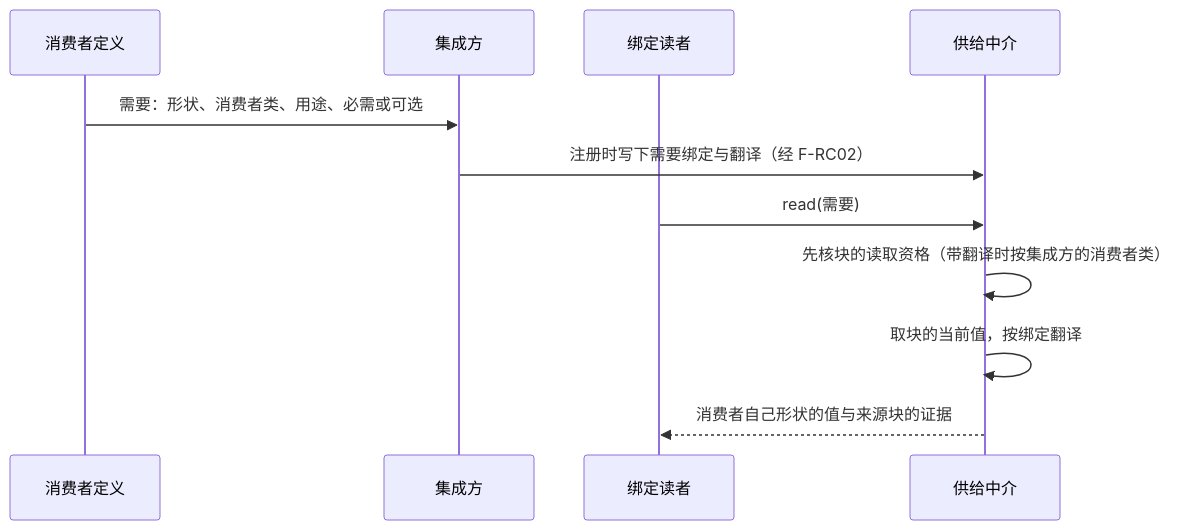
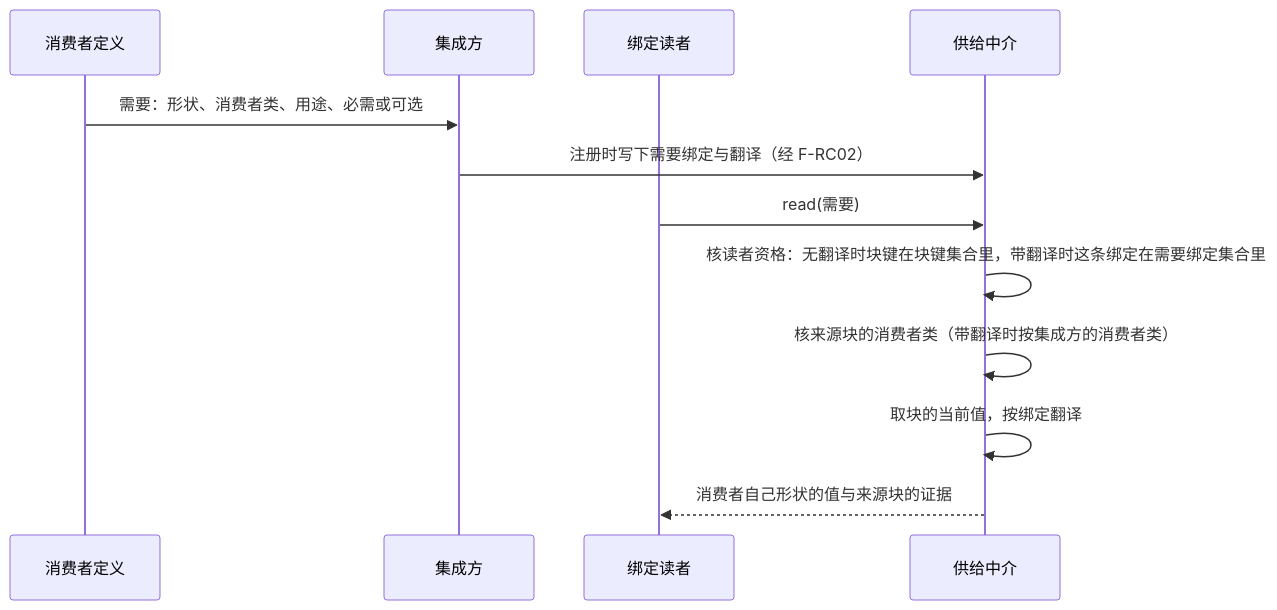
Before and after one commit to nemori-ai/omne-harness-lite: the fifth of 8 diagrams in packages/context/runtime-context-contract/docs/flows.md, drawn with Mermaid. The commit also changed other lines of this file and 43 other files, not shown here.

````diff
--- a/packages/context/runtime-context-contract/docs/flows.md
+++ b/packages/context/runtime-context-contract/docs/flows.md
@@ -135,13 +141,14 @@
 ```mermaid
 sequenceDiagram
   participant Con as 消费者定义
   participant I as 集成方
   participant R as 绑定读者
   participant M as 供给中介
   Con->>I: 需要：形状、消费者类、用途、必需或可选
   I->>M: 注册时写下需要绑定与翻译（经 F-RC02）
   R->>M: read(需要)
-  M->>M: 先核块的读取资格（带翻译时按集成方的消费者类）
+  M->>M: 核读者资格：无翻译时块键在块键集合里，带翻译时这条绑定在需要绑定集合里
+  M->>M: 核来源块的消费者类（带翻译时按集成方的消费者类）
   M->>M: 取块的当前值，按绑定翻译
   M-->>R: 消费者自己形状的值与来源块的证据
 ```
````
